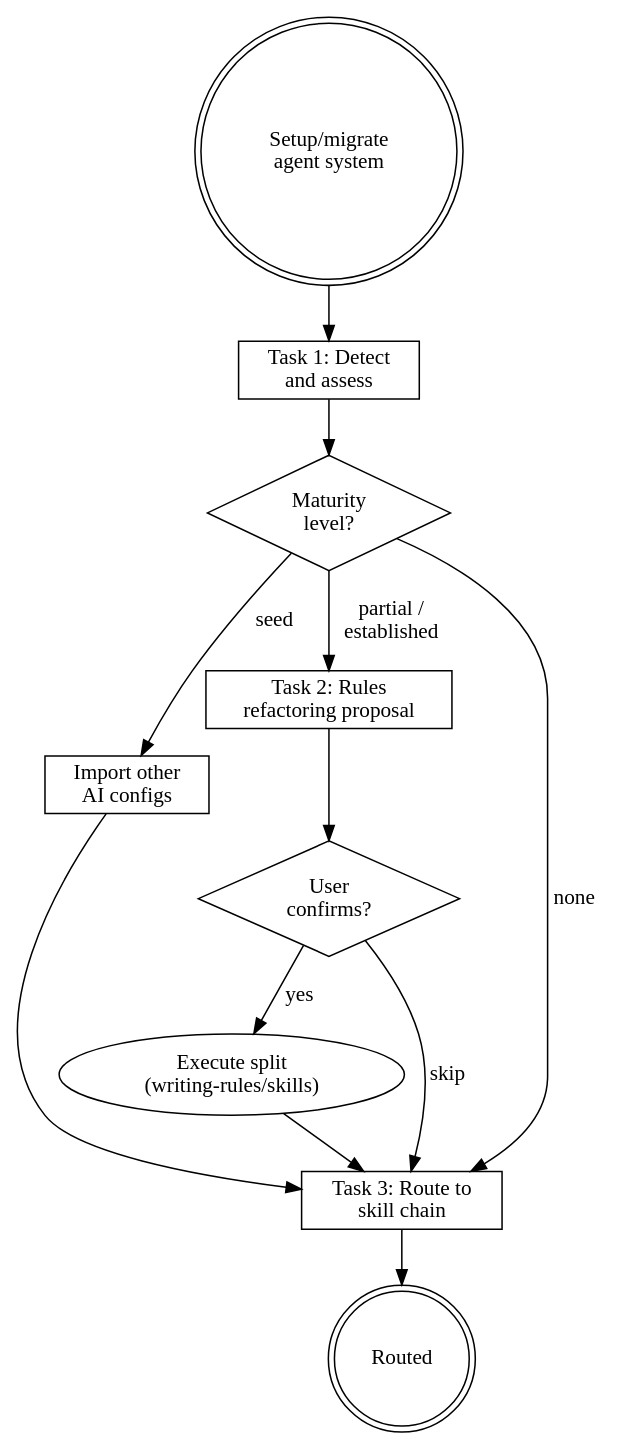
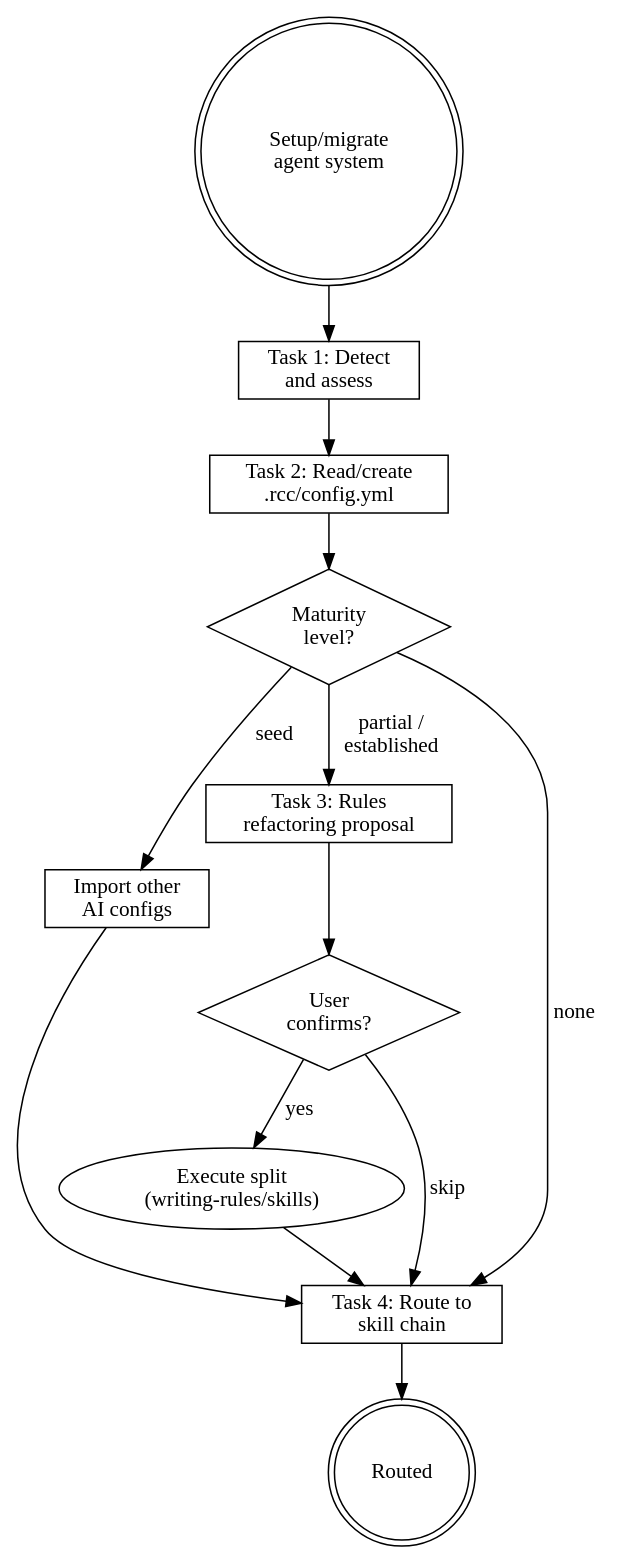
Before and after one commit to wayne930242/Reflexive-Claude-Code: the diagram in plugins/rcc/skills/migrating-agent-systems/SKILL.md, drawn with Graphviz. The commit also changed other lines of this file and 55 other files, not shown here.

````diff
--- a/plugins/rcc/skills/migrating-agent-systems/SKILL.md
+++ b/plugins/rcc/skills/migrating-agent-systems/SKILL.md
@@ -168,27 +241,29 @@
 ```dot
 digraph migrate_agent {
     rankdir=TB;
 
     start [label="Setup/migrate\nagent system", shape=doublecircle];
     detect [label="Task 1: Detect\nand assess", shape=box];
+    config [label="Task 2: Read/create\n.rcc/config.yml", shape=box];
     maturity [label="Maturity\nlevel?", shape=diamond];
     import_cfg [label="Import other\nAI configs", shape=box];
-    refactor [label="Task 2: Rules\nrefactoring proposal", shape=box];
+    refactor [label="Task 3: Rules\nrefactoring proposal", shape=box];
     confirm [label="User\nconfirms?", shape=diamond];
     execute [label="Execute split\n(writing-rules/skills)"];
-    brainstorm [label="Task 3: Route to\nskill chain", shape=box];
+    route [label="Task 4: Route to\nskill chain", shape=box];
     done [label="Routed", shape=doublecircle];
 
     start -> detect;
-    detect -> maturity;
-    maturity -> brainstorm [label="none"];
+    detect -> config;
+    config -> maturity;
+    maturity -> route [label="none"];
     maturity -> import_cfg [label="seed"];
     maturity -> refactor [label="partial /\nestablished"];
-    import_cfg -> brainstorm;
+    import_cfg -> route;
     refactor -> confirm;
     confirm -> execute [label="yes"];
-    confirm -> brainstorm [label="skip"];
-    execute -> brainstorm;
-    brainstorm -> done;
+    confirm -> route [label="skip"];
+    execute -> route;
+    route -> done;
 }
 ```
````
